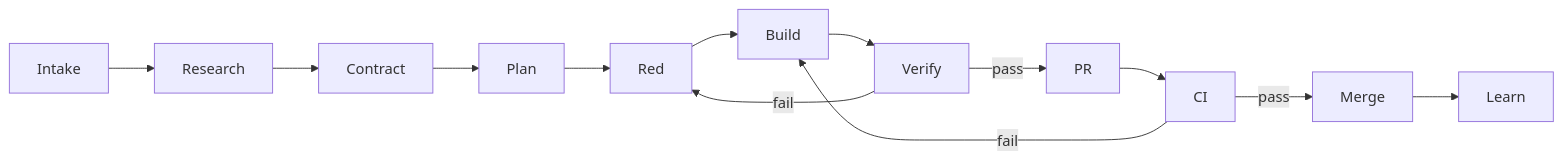
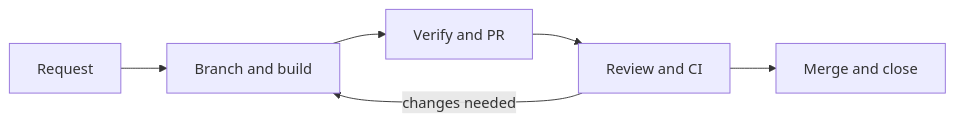
One commit to zxheyi/dsh-work changed the diagram in docs/workflow.md. Above: the diagram before and after it, drawn with Mermaid. The commit also changed other lines of this file and 2 other files, not shown here.

````diff
--- a/docs/workflow.md
+++ b/docs/workflow.md
@@ -30,7 +9,5 @@
 ```mermaid
 flowchart LR
-    Intake --> Research --> Contract --> Plan --> Red --> Build --> Verify
-    Verify -->|pass| PR --> CI -->|pass| Merge --> Learn
-    Verify -->|fail| Red
-    CI -->|fail| Build
+    Request --> BranchAndBuild[Branch and build] --> VerifyAndPR[Verify and PR] --> ReviewAndCI[Review and CI] --> MergeAndClose[Merge and close]
+    ReviewAndCI -->|changes needed| BranchAndBuild
 ```
````
